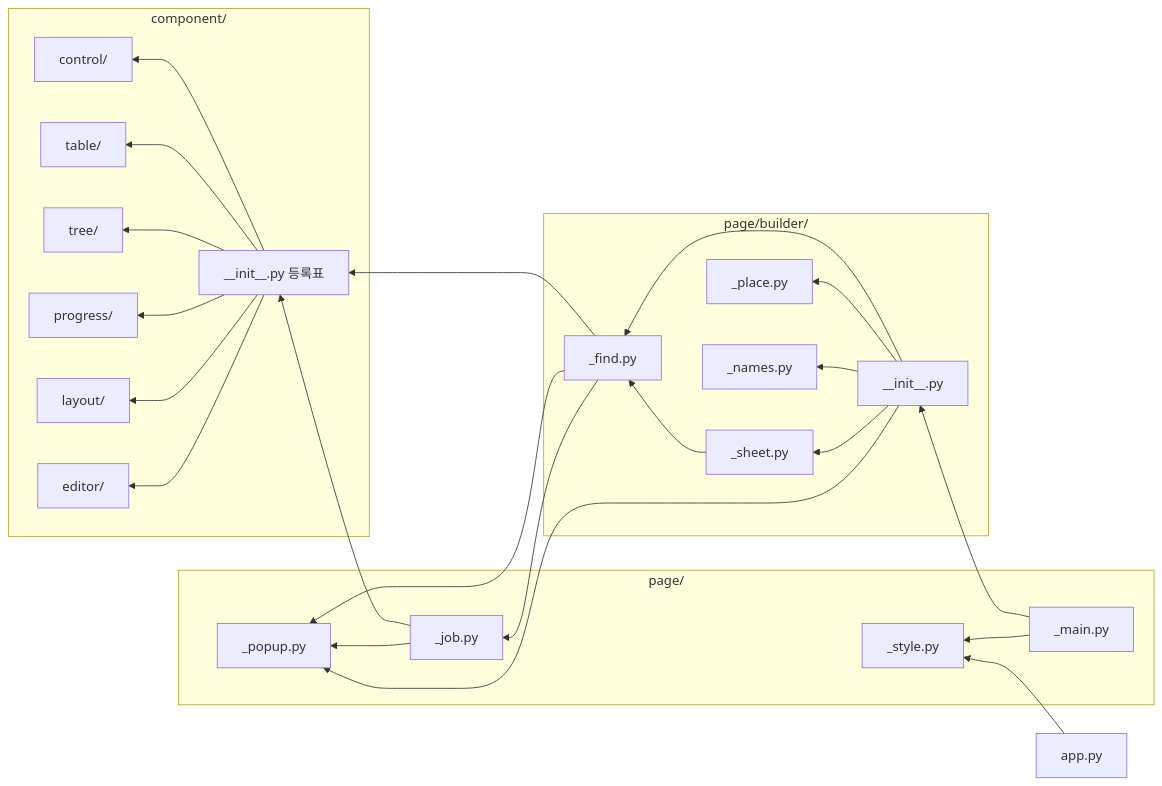
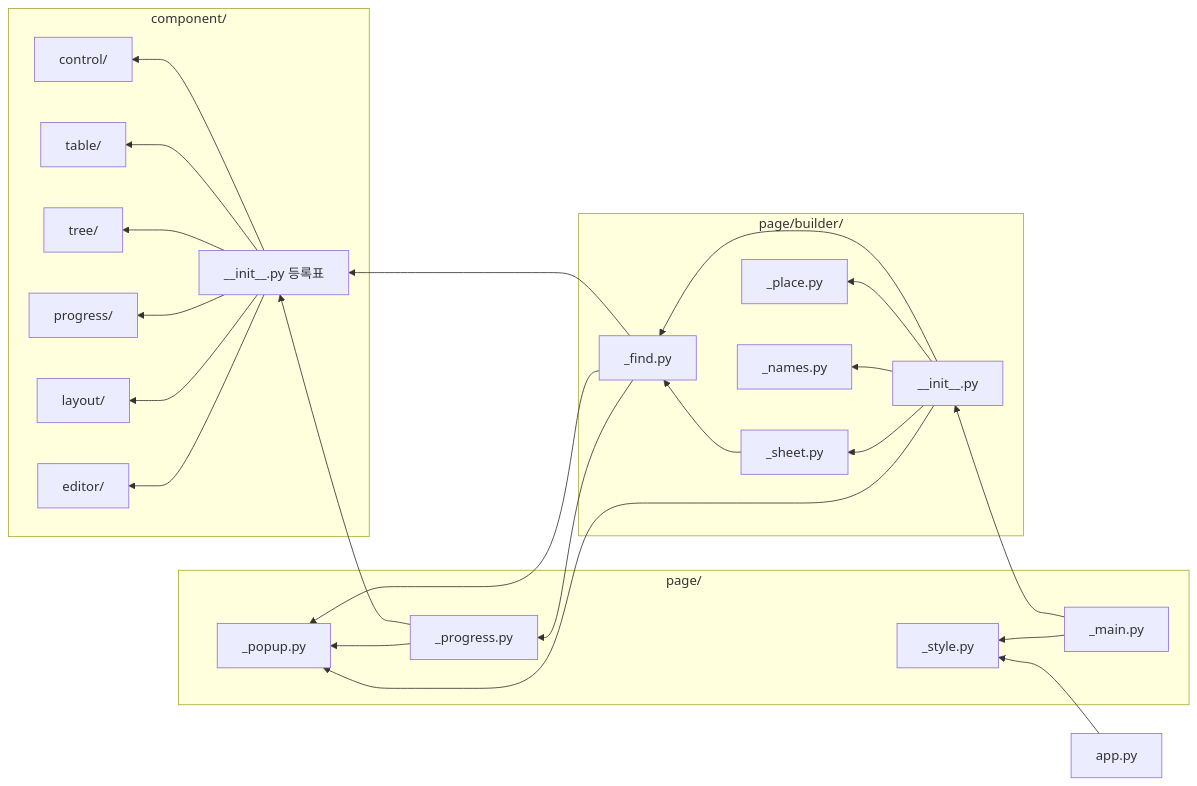
One commit to DXR-keonghun6612/ToolBox changed the diagram in ui_toolbox/README.md. Above: the diagram before and after it, drawn with Mermaid. The commit also changed other lines of this file and 5 other files, not shown here.

First line of the commit message:
refactor: ui_toolbox - Job_popup 을 작업을 모르는 Progress_popup 으로

````diff
--- a/ui_toolbox/README.md
+++ b/ui_toolbox/README.md
@@ -11,46 +11,46 @@
 ```mermaid
 graph RL
     subgraph component/
         PRG[progress/]
         CTL[control/]
         TBL[table/]
         TRE[tree/]
         EDT[editor/]
         LAY[layout/]
         REG["__init__.py 등록표"]
     end
     subgraph page/
         MAN[_main.py]
         POP[_popup.py]
-        JOB[_job.py]
+        PRO[_progress.py]
         STY[_style.py]
     end
     subgraph page/builder/
         BLD["__init__.py"]
         FND[_find.py]
         PLC[_place.py]
         NAM[_names.py]
         SHT[_sheet.py]
     end
     APP[app.py]
     REG --> CTL
     REG --> TBL
     REG --> TRE
     REG --> PRG
     REG --> LAY
     REG --> EDT
     FND --> REG
-    JOB --> REG
+    PRO --> REG
     FND --> POP
-    FND --> JOB
-    JOB --> POP
+    FND --> PRO
+    PRO --> POP
     SHT --> FND
     BLD --> FND
     BLD --> PLC
     BLD --> NAM
     BLD --> SHT
     BLD --> POP
     MAN --> BLD
     MAN --> STY
     APP --> STY
 ```
````
